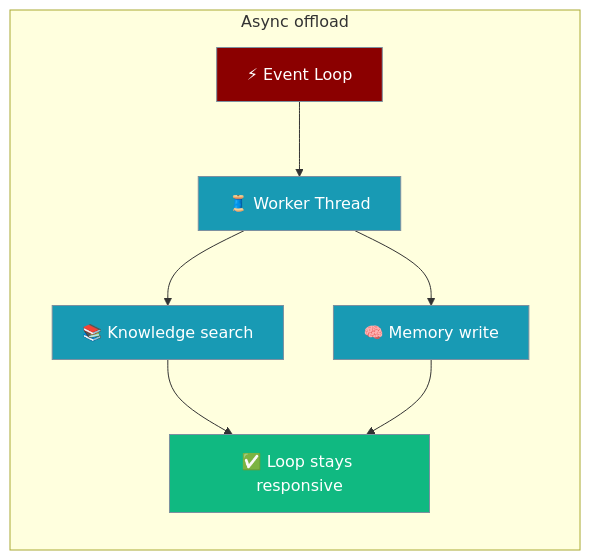
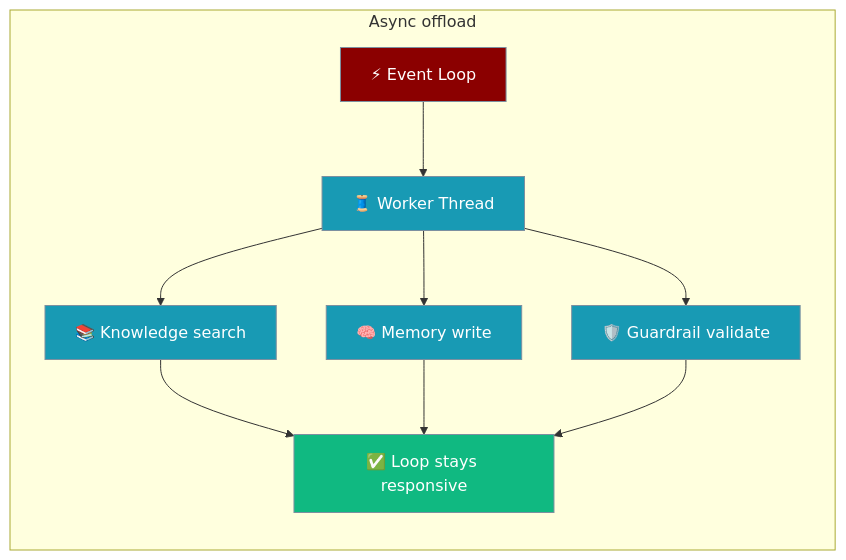
The first of 2 diagrams in docs/features/async-safety.mdx (MervinPraison/PraisonAIDocs), drawn with Mermaid before and after one commit. The commit also changed other lines of this file and 3 other files, not shown here.

````diff
--- a/docs/features/async-safety.mdx
+++ b/docs/features/async-safety.mdx
@@ -27,18 +27,20 @@
 ```mermaid
 graph LR
     subgraph "Async offload"
         L[⚡ Event Loop] --> W[🧵 Worker Thread]
         W --> K[📚 Knowledge search]
         W --> M[🧠 Memory write]
+        W --> G[🛡️ Guardrail validate]
         K --> R[✅ Loop stays responsive]
         M --> R
+        G --> R
     end
 
     classDef loop fill:#8B0000,stroke:#7C90A0,color:#fff
     classDef worker fill:#189AB4,stroke:#7C90A0,color:#fff
     classDef ok fill:#10B981,stroke:#7C90A0,color:#fff
 
     class L loop
-    class W,K,M worker
+    class W,K,M,G worker
     class R ok
 ```
````
